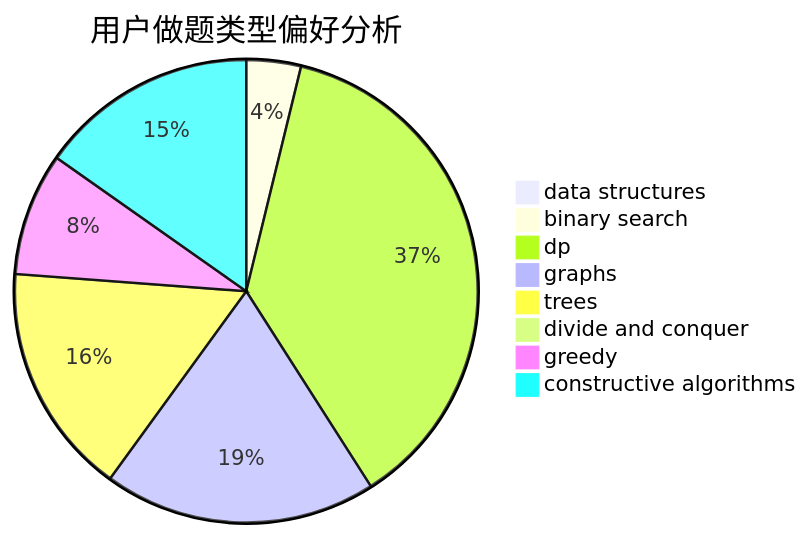
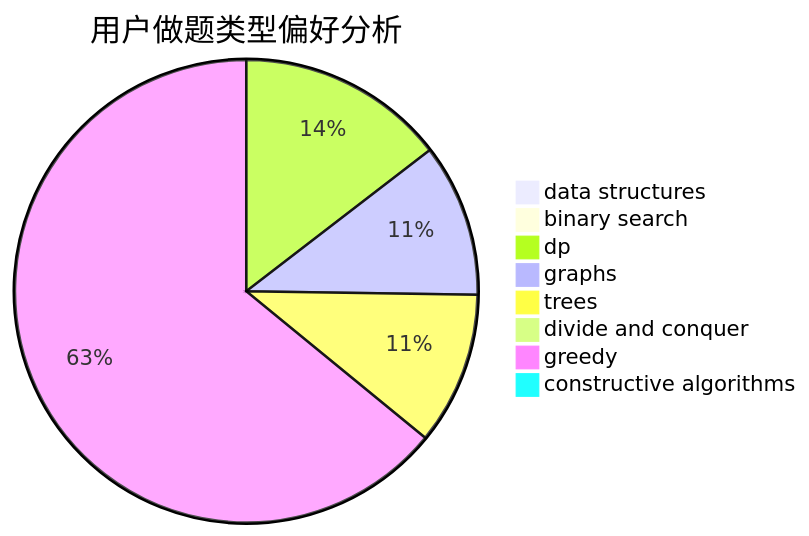
One commit to sherpahu/cfrs.github.io changed the second of 3 diagrams in docs/user/u2473.md. Above: the diagram before and after it, drawn with Mermaid. The commit also changed other lines of this file and 2770 other files, not shown here.

````diff
--- a/docs/user/u2473.md
+++ b/docs/user/u2473.md
@@ -23,11 +23,11 @@
 ```mermaid
 pie title 用户做题类型偏好分析
-    "data structures" :  1
-    "binary search" :  4
-    "dp" :  39
-    "graphs" :  20
-    "trees" :  17
+    "data structures" :  0
+    "binary search" :  1
+    "dp" :  15
+    "graphs" :  11
+    "trees" :  11
     "divide and conquer" :  0
-    "greedy" :  9
-    "constructive algorithms" :  16
+    "greedy" :  66
+    "constructive algorithms" :  0
 ```
````
